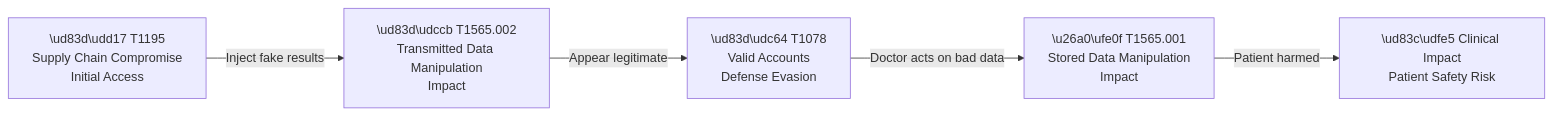
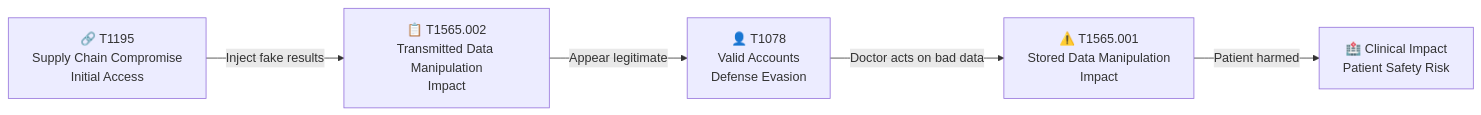
Before and after one commit to AurelienKumarathas/Complete-threat-model-for-healthcare-application: the fifth of 5 diagrams in reports/analyses/mitre-mapping.md, drawn with Mermaid. The commit also changed other lines of this file and 3 other files, not shown here.

````diff
--- a/reports/analyses/mitre-mapping.md
+++ b/reports/analyses/mitre-mapping.md
@@ -188,7 +188,7 @@
 ```mermaid
 flowchart LR
-    A["\ud83d\udd17 T1195\nSupply Chain Compromise\nInitial Access"] -->|Inject fake results| B["\ud83d\udccb T1565.002\nTransmitted Data Manipulation\nImpact"]
-    B -->|Appear legitimate| C["\ud83d\udc64 T1078\nValid Accounts\nDefense Evasion"]
-    C -->|Doctor acts on bad data| D["\u26a0\ufe0f T1565.001\nStored Data Manipulation\nImpact"]
-    D -->|Patient harmed| E["\ud83c\udfe5 Clinical Impact\nPatient Safety Risk"]
+    A["🔗 T1195\nSupply Chain Compromise\nInitial Access"] -->|Inject fake results| B["📋 T1565.002\nTransmitted Data Manipulation\nImpact"]
+    B -->|Appear legitimate| C["👤 T1078\nValid Accounts\nDefense Evasion"]
+    C -->|Doctor acts on bad data| D["⚠️ T1565.001\nStored Data Manipulation\nImpact"]
+    D -->|Patient harmed| E["🏥 Clinical Impact\nPatient Safety Risk"]
 ```
````
